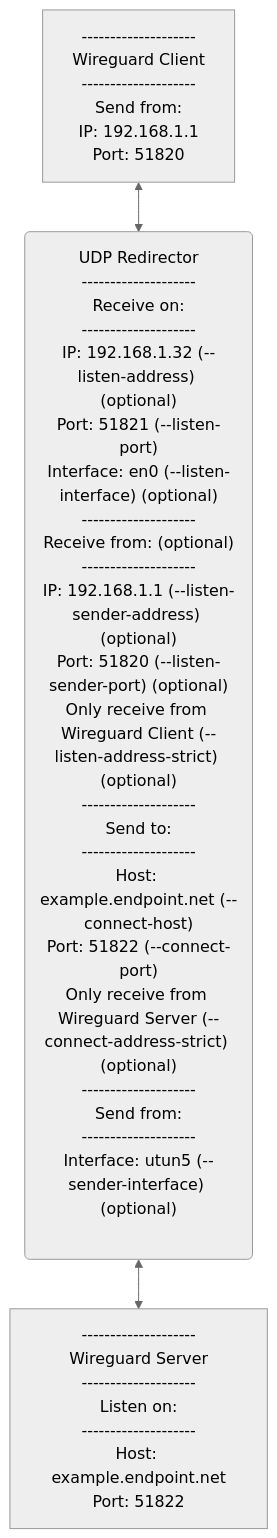
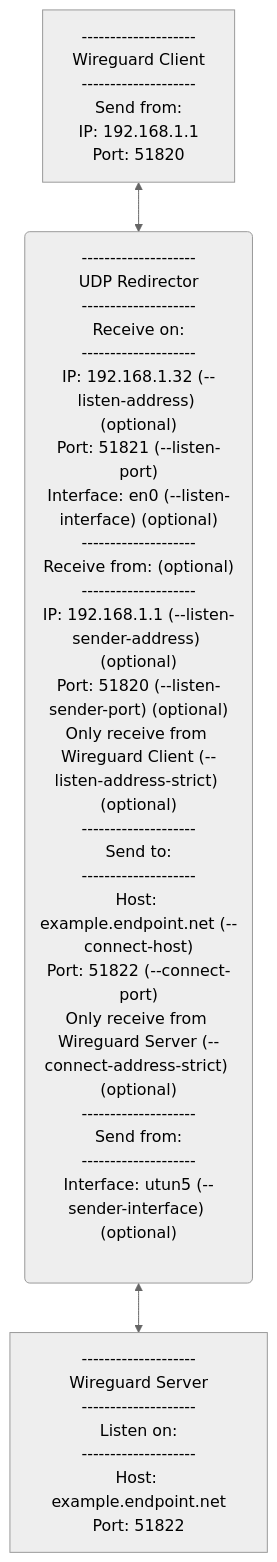
One commit to danpodeanu/udp-redirect changed the diagram in README.md. Above: the diagram before and after it, drawn with Mermaid (neutral theme).

Commit message:
Improve README.md example clarity

````diff
--- a/README.md
+++ b/README.md
@@ -42,5 +42,5 @@
 ```mermaid
 graph TD
-    A["--------------------<br/>Wireguard Client<br/>--------------------<br/>Send from:<br/>IP: 192.168.1.1<br/>Port: 51820"] <--> B("UDP Redirector<br/>--------------------<br/>Receive on:<br/>--------------------<br/>IP: 192.168.1.32 (--listen-address) (optional)<br/>Port: 51821 (--listen-port)<br/>Interface: en0 (--listen-interface) (optional)<br/>--------------------<br/>Receive from: (optional)<br/>--------------------<br/>IP: 192.168.1.1 (--listen-sender-address) (optional)<br/>Port: 51820 (--listen-sender-port) (optional)<br/>Only receive from Wireguard Client (--listen-address-strict) (optional)<br/>--------------------<br/>Send to:<br/>--------------------<br/>Host: example.endpoint.net (--connect-host)</br>Port: 51822 (--connect-port)<br/>Only receive from Wireguard Server (--connect-address-strict) (optional)<br/>--------------------<br/>Send from:<br/>--------------------<br/>Interface: utun5 (--sender-interface) (optional)<br/><br/>")
+    A["--------------------<br/>Wireguard Client<br/>--------------------<br/>Send from:<br/>IP: 192.168.1.1<br/>Port: 51820"] <--> B("--------------------<br/>UDP Redirector<br/>--------------------<br/>Receive on:<br/>--------------------<br/>IP: 192.168.1.32 (--listen-address) (optional)<br/>Port: 51821 (--listen-port)<br/>Interface: en0 (--listen-interface) (optional)<br/>--------------------<br/>Receive from: (optional)<br/>--------------------<br/>IP: 192.168.1.1 (--listen-sender-address) (optional)<br/>Port: 51820 (--listen-sender-port) (optional)<br/>Only receive from Wireguard Client (--listen-address-strict) (optional)<br/>--------------------<br/>Send to:<br/>--------------------<br/>Host: example.endpoint.net (--connect-host)</br>Port: 51822 (--connect-port)<br/>Only receive from Wireguard Server (--connect-address-strict) (optional)<br/>--------------------<br/>Send from:<br/>--------------------<br/>Interface: utun5 (--sender-interface) (optional)<br/><br/>")
     B <--> C["--------------------<br/>Wireguard Server<br/>--------------------<br/>Listen on:<br/>--------------------<br/>Host: example.endpoint.net<br/>Port: 51822"]
 ```
````
